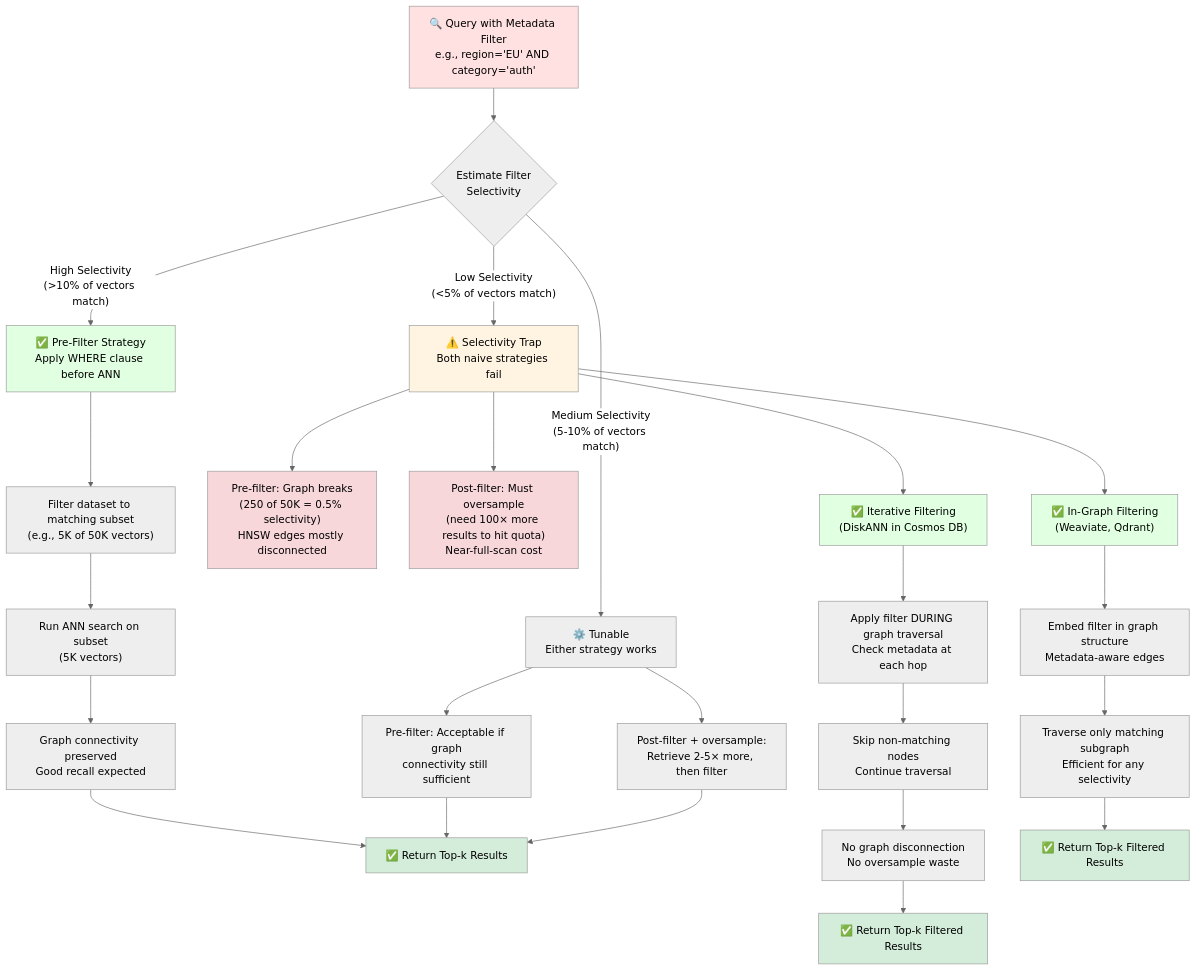
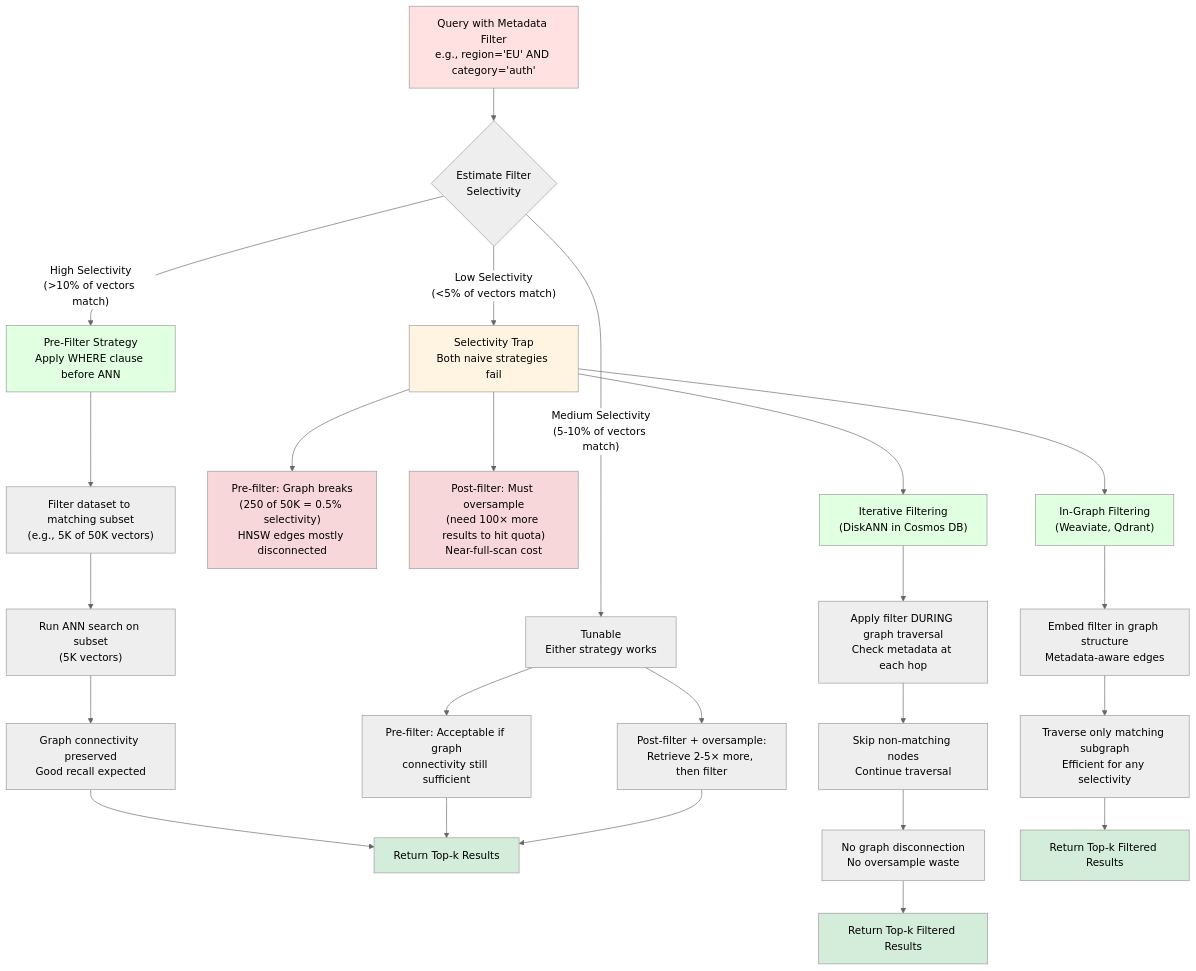
Before and after one commit to dsgouda7/ai-portfolio: the third of 3 diagrams in notes/03a-ai/ch08-vector-dbs/vector-dbs.md, drawn with Mermaid (neutral theme). The commit also changed other lines of this file and 17 other files, not shown here.

````diff
--- a/notes/03a-ai/ch08-vector-dbs/vector-dbs.md
+++ b/notes/03a-ai/ch08-vector-dbs/vector-dbs.md
@@ -593,42 +593,42 @@
 ```mermaid
 flowchart TD
-    A["🔍 Query with Metadata Filter<br/>e.g., region='EU' AND category='auth'"] --> B{"Estimate Filter<br/>Selectivity"}
+ A[" Query with Metadata Filter<br/>e.g., region='EU' AND category='auth'"] --> B{"Estimate Filter<br/>Selectivity"}
 
-    B -->|"High Selectivity<br/>(>10% of vectors match)"| C["✅ Pre-Filter Strategy<br/>Apply WHERE clause before ANN"]
-    C --> C1["Filter dataset to matching subset<br/>(e.g., 5K of 50K vectors)"]
-    C1 --> C2["Run ANN search on subset<br/>(5K vectors)"]
-    C2 --> C3["Graph connectivity preserved<br/>Good recall expected"]
-    C3 --> C4["✅ Return Top-k Results"]
+ B -->|"High Selectivity<br/>(>10% of vectors match)"| C[" Pre-Filter Strategy<br/>Apply WHERE clause before ANN"]
+ C --> C1["Filter dataset to matching subset<br/>(e.g., 5K of 50K vectors)"]
+ C1 --> C2["Run ANN search on subset<br/>(5K vectors)"]
+ C2 --> C3["Graph connectivity preserved<br/>Good recall expected"]
+ C3 --> C4[" Return Top-k Results"]
 
-    B -->|"Low Selectivity<br/>(<5% of vectors match)"| D["⚠️ Selectivity Trap<br/>Both naive strategies fail"]
-    D --> D1["Pre-filter: Graph breaks<br/>(250 of 50K = 0.5% selectivity)<br/>HNSW edges mostly disconnected"]
-    D --> D2["Post-filter: Must oversample<br/>(need 100× more results to hit quota)<br/>Near-full-scan cost"]
+ B -->|"Low Selectivity<br/>(<5% of vectors match)"| D[" Selectivity Trap<br/>Both naive strategies fail"]
+ D --> D1["Pre-filter: Graph breaks<br/>(250 of 50K = 0.5% selectivity)<br/>HNSW edges mostly disconnected"]
+ D --> D2["Post-filter: Must oversample<br/>(need 100× more results to hit quota)<br/>Near-full-scan cost"]
 
-    D --> E["✅ Iterative Filtering<br/>(DiskANN in Cosmos DB)"]
-    E --> E1["Apply filter DURING graph traversal<br/>Check metadata at each hop"]
-    E1 --> E2["Skip non-matching nodes<br/>Continue traversal"]
-    E2 --> E3["No graph disconnection<br/>No oversample waste"]
-    E3 --> E4["✅ Return Top-k Filtered Results"]
+ D --> E[" Iterative Filtering<br/>(DiskANN in Cosmos DB)"]
+ E --> E1["Apply filter DURING graph traversal<br/>Check metadata at each hop"]
+ E1 --> E2["Skip non-matching nodes<br/>Continue traversal"]
+ E2 --> E3["No graph disconnection<br/>No oversample waste"]
+ E3 --> E4[" Return Top-k Filtered Results"]
 
-    D --> F["✅ In-Graph Filtering<br/>(Weaviate, Qdrant)"]
-    F --> F1["Embed filter in graph structure<br/>Metadata-aware edges"]
-    F1 --> F2["Traverse only matching subgraph<br/>Efficient for any selectivity"]
-    F2 --> F3["✅ Return Top-k Filtered Results"]
+ D --> F[" In-Graph Filtering<br/>(Weaviate, Qdrant)"]
+ F --> F1["Embed filter in graph structure<br/>Metadata-aware edges"]
+ F1 --> F2["Traverse only matching subgraph<br/>Efficient for any selectivity"]
+ F2 --> F3[" Return Top-k Filtered Results"]
 
-    B -->|"Medium Selectivity<br/>(5-10% of vectors match)"| G["⚙️ Tunable<br/>Either strategy works"]
-    G --> G1["Pre-filter: Acceptable if graph<br/>connectivity still sufficient"]
-    G --> G2["Post-filter + oversample:<br/>Retrieve 2-5× more, then filter"]
-    G1 --> C4
-    G2 --> C4
+ B -->|"Medium Selectivity<br/>(5-10% of vectors match)"| G[" Tunable<br/>Either strategy works"]
+ G --> G1["Pre-filter: Acceptable if graph<br/>connectivity still sufficient"]
+ G --> G2["Post-filter + oversample:<br/>Retrieve 2-5× more, then filter"]
+ G1 --> C4
+ G2 --> C4
 
-    style A fill:#ffe1e1
-    style C fill:#e1ffe1
-    style C4 fill:#d4edda
-    style D fill:#fff4e1
-    style D1 fill:#f8d7da
-    style D2 fill:#f8d7da
-    style E fill:#e1ffe1
-    style E4 fill:#d4edda
-    style F fill:#e1ffe1
-    style F3 fill:#d4edda
+ style A fill:#ffe1e1
+ style C fill:#e1ffe1
+ style C4 fill:#d4edda
+ style D fill:#fff4e1
+ style D1 fill:#f8d7da
+ style D2 fill:#f8d7da
+ style E fill:#e1ffe1
+ style E4 fill:#d4edda
+ style F fill:#e1ffe1
+ style F3 fill:#d4edda
 ```
````
